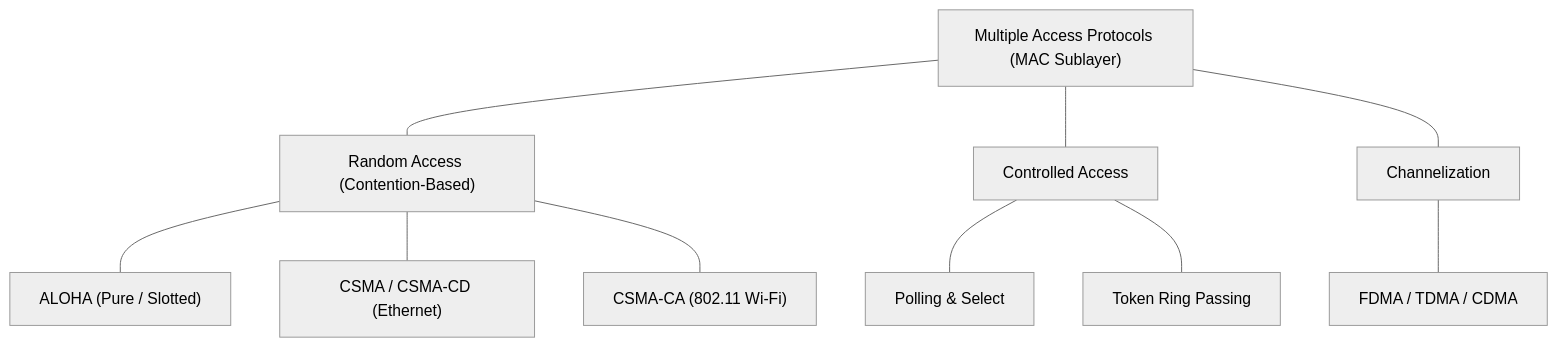
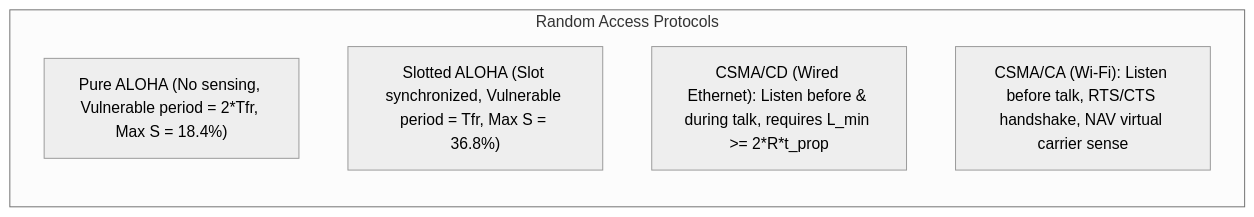
The diagram in content/Main Notes/3rd Year/Term 1/NSCOM03/Module 7- Media Access Control/Media Access Control.md (2ru17/Project-Engram), drawn with Mermaid (neutral theme) before and after one commit. The commit also changed other lines of this file and 31 other files, not shown here.

````diff
--- a/content/Main Notes/3rd Year/Term 1/NSCOM03/Module 7- Media Access Control/Media Access Control.md
+++ b/content/Main Notes/3rd Year/Term 1/NSCOM03/Module 7- Media Access Control/Media Access Control.md
@@ -29,20 +36,10 @@
 ```mermaid
-graph TD
-    MAC["Multiple Access Protocols (MAC Sublayer)"]
-    Random["Random Access (Contention-Based)"]
-    Controlled["Controlled Access"]
-    Channelization["Channelization"]
-
-    MAC --- Random
-    MAC --- Controlled
-    MAC --- Channelization
-
-    Random --- ALOHA["ALOHA (Pure / Slotted)"]
-    Random --- CSMA["CSMA / CSMA-CD (Ethernet)"]
-    Random --- CSMACA["CSMA-CA (802.11 Wi-Fi)"]
-
-    Controlled --- Polling["Polling & Select"]
-    Controlled --- Token["Token Ring Passing"]
-
-    Channelization --- FDMA["FDMA / TDMA / CDMA"]
+flowchart TD
+    subgraph MAC_Protocols["Random Access Protocols"]
+        direction TB
+        ALOHA["Pure ALOHA (No sensing, Vulnerable period = 2*Tfr, Max S = 18.4%)"]
+        SALOHA["Slotted ALOHA (Slot synchronized, Vulnerable period = Tfr, Max S = 36.8%)"]
+        CSMACD["CSMA/CD (Wired Ethernet): Listen before & during talk, requires L_min >= 2*R*t_prop"]
+        CSMACA["CSMA/CA (Wi-Fi): Listen before talk, RTS/CTS handshake, NAV virtual carrier sense"]
+    end
 ```
````
